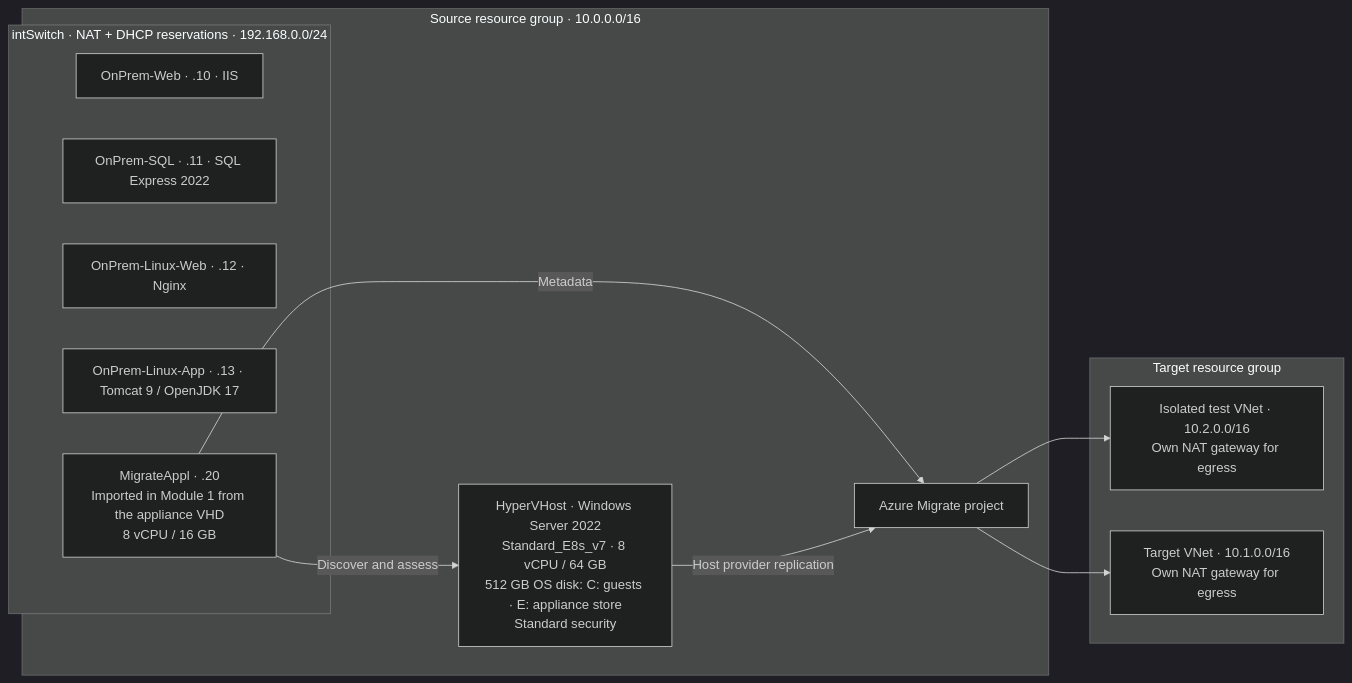
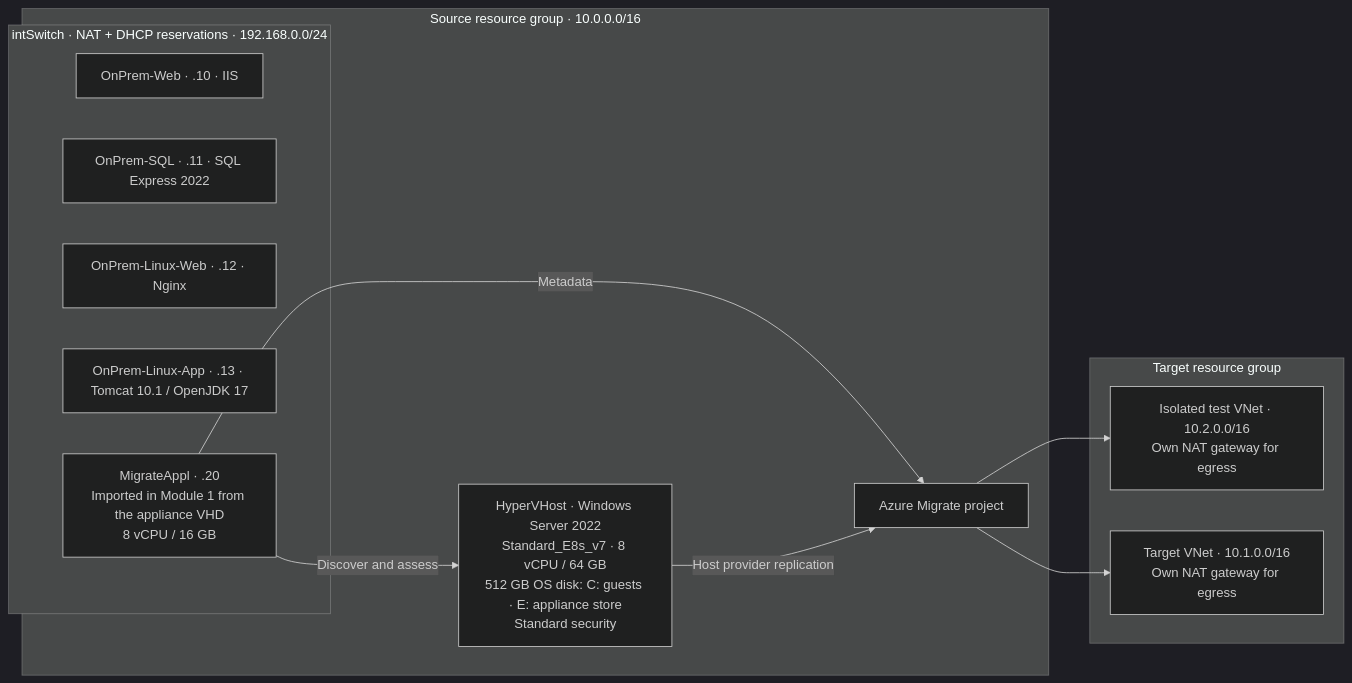
The diagram in README.md (JBibbs19/azure-migrate-workshop), drawn with Mermaid (dark theme) before and after one commit. The commit also changed other lines of this file and 56 other files, not shown here.

````diff
--- a/README.md
+++ b/README.md
@@ -46,23 +327,23 @@
 ```mermaid
 flowchart LR
   subgraph Source["Source resource group · 10.0.0.0/16"]
     Host["HyperVHost · Windows Server 2022\nStandard_E8s_v7 · 8 vCPU / 64 GB\n512 GB OS disk: C: guests · E: appliance store\nStandard security"]
     subgraph Nested["intSwitch · NAT + DHCP reservations · 192.168.0.0/24"]
       IIS["OnPrem-Web · .10 · IIS"]
       SQL["OnPrem-SQL · .11 · SQL Express 2022"]
       Nginx["OnPrem-Linux-Web · .12 · Nginx"]
-      App["OnPrem-Linux-App · .13 · Tomcat 9 / OpenJDK 17"]
+      App["OnPrem-Linux-App · .13 · Tomcat 10.1 / OpenJDK 17"]
       Appliance["MigrateAppl · .20\nImported in Module 1 from the appliance VHD\n8 vCPU / 16 GB"]
     end
     Project["Azure Migrate project"]
     Appliance -->|Discover and assess| Host
     Appliance -->|Metadata| Project
   end
   subgraph Destination["Target resource group"]
     Test["Isolated test VNet · 10.2.0.0/16\nOwn NAT gateway for egress"]
     Target["Target VNet · 10.1.0.0/16\nOwn NAT gateway for egress"]
   end
   Host -->|Host provider replication| Project
   Project --> Test
   Project --> Target
 ```
````
